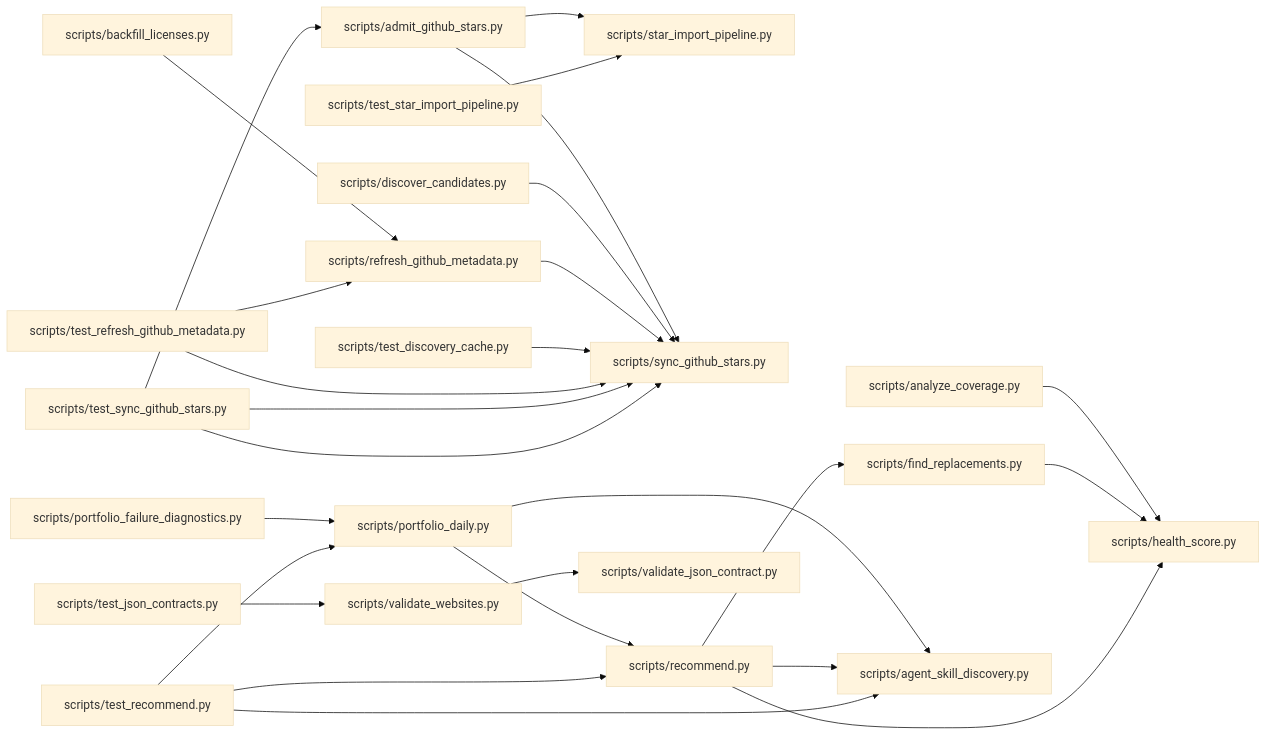
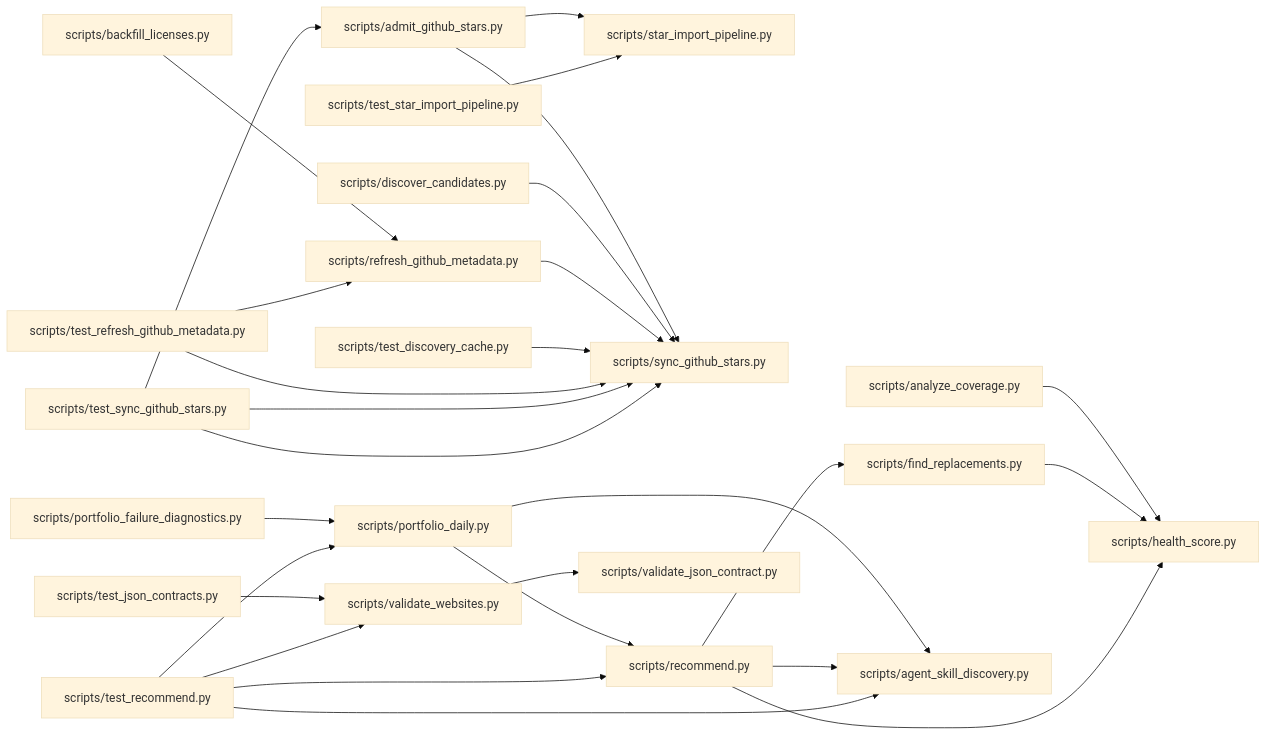
Before and after one commit to dbrckk/star-list: the diagram in .ai/brain/architecture.mmd, drawn with Mermaid (base theme). The commit also changed 78 other files, not shown here.

```diff
--- a/.ai/brain/architecture.mmd
+++ b/.ai/brain/architecture.mmd
@@ -1,26 +1,27 @@
 flowchart LR
   n8d03612ec4["scripts/admit_github_stars.py"] --> n83b2d4016a["scripts/star_import_pipeline.py"]
   n8d03612ec4["scripts/admit_github_stars.py"] --> n9ec765cbfe["scripts/sync_github_stars.py"]
   n493b546fce["scripts/analyze_coverage.py"] --> n61da7feb3f["scripts/health_score.py"]
   nbea452dbc9["scripts/backfill_licenses.py"] --> n673a0bb367["scripts/refresh_github_metadata.py"]
   n19fd372d41["scripts/discover_candidates.py"] --> n9ec765cbfe["scripts/sync_github_stars.py"]
   n3c5af248bc["scripts/find_replacements.py"] --> n61da7feb3f["scripts/health_score.py"]
   n9c65ddcee9["scripts/portfolio_daily.py"] --> n6f6651784c["scripts/agent_skill_discovery.py"]
   n9c65ddcee9["scripts/portfolio_daily.py"] --> n6b33751c21["scripts/recommend.py"]
   nc1854cfb67["scripts/portfolio_failure_diagnostics.py"] --> n9c65ddcee9["scripts/portfolio_daily.py"]
   n6b33751c21["scripts/recommend.py"] --> n6f6651784c["scripts/agent_skill_discovery.py"]
   n6b33751c21["scripts/recommend.py"] --> n3c5af248bc["scripts/find_replacements.py"]
   n6b33751c21["scripts/recommend.py"] --> n61da7feb3f["scripts/health_score.py"]
   n673a0bb367["scripts/refresh_github_metadata.py"] --> n9ec765cbfe["scripts/sync_github_stars.py"]
   n5d2467085c["scripts/test_discovery_cache.py"] --> n9ec765cbfe["scripts/sync_github_stars.py"]
   n116275bc4e["scripts/test_json_contracts.py"] --> nd96d7a95bb["scripts/validate_websites.py"]
   n351bd21466["scripts/test_recommend.py"] --> n6f6651784c["scripts/agent_skill_discovery.py"]
   n351bd21466["scripts/test_recommend.py"] --> n9c65ddcee9["scripts/portfolio_daily.py"]
   n351bd21466["scripts/test_recommend.py"] --> n6b33751c21["scripts/recommend.py"]
+  n351bd21466["scripts/test_recommend.py"] --> nd96d7a95bb["scripts/validate_websites.py"]
   nfc3af7e38e["scripts/test_refresh_github_metadata.py"] --> n673a0bb367["scripts/refresh_github_metadata.py"]
   nfc3af7e38e["scripts/test_refresh_github_metadata.py"] --> n9ec765cbfe["scripts/sync_github_stars.py"]
   n0c8a572d8b["scripts/test_star_import_pipeline.py"] --> n83b2d4016a["scripts/star_import_pipeline.py"]
   n895eef35e5["scripts/test_sync_github_stars.py"] --> n8d03612ec4["scripts/admit_github_stars.py"]
   n895eef35e5["scripts/test_sync_github_stars.py"] --> n9ec765cbfe["scripts/sync_github_stars.py"]
   nd96d7a95bb["scripts/validate_websites.py"] --> nbd2a675ab8["scripts/validate_json_contract.py"]
   n895eef35e5["scripts/test_sync_github_stars.py"] --> n9ec765cbfe["scripts/sync_github_stars.py"]
```
